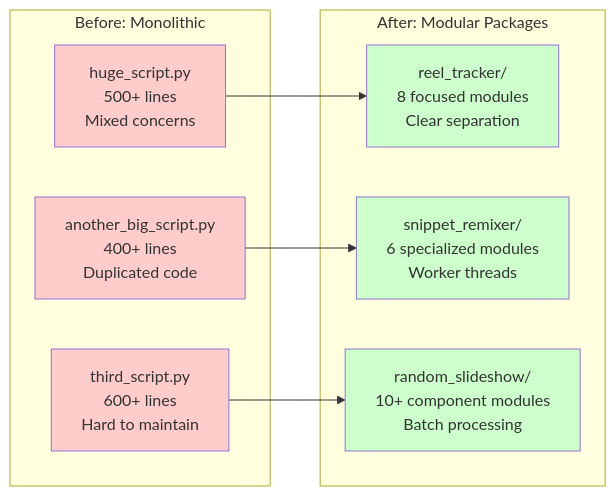
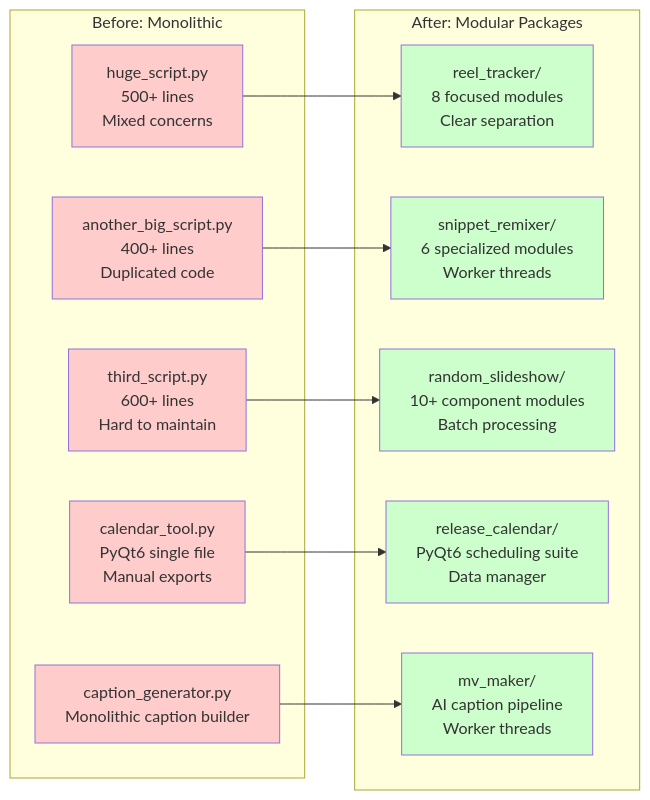
The fifth of 23 diagrams in docs/architecture/bedrot-media-suite-summary.md (blakedemarest/BEDROT-Media-Suite), drawn with Mermaid before and after one commit. The commit also changed other lines of this file and 3 other files, not shown here.

````diff
--- a/docs/architecture/bedrot-media-suite-summary.md
+++ b/docs/architecture/bedrot-media-suite-summary.md
@@ -475,25 +551,35 @@
 ```mermaid
 flowchart LR
     subgraph "Before: Monolithic"
         M1[huge_script.py<br/>500+ lines<br/>Mixed concerns]
         M2[another_big_script.py<br/>400+ lines<br/>Duplicated code]
         M3[third_script.py<br/>600+ lines<br/>Hard to maintain]
+        M4[calendar_tool.py<br/>PyQt6 single file<br/>Manual exports]
+        M5[caption_generator.py<br/>Monolithic caption builder]
     end
     
     subgraph "After: Modular Packages"
         P1[reel_tracker/<br/>8 focused modules<br/>Clear separation]
         P2[snippet_remixer/<br/>6 specialized modules<br/>Worker threads]
         P3[random_slideshow/<br/>10+ component modules<br/>Batch processing]
+        P4[release_calendar/<br/>PyQt6 scheduling suite<br/>Data manager]
+        P5[mv_maker/<br/>AI caption pipeline<br/>Worker threads]
     end
     
     M1 --> P1
     M2 --> P2
     M3 --> P3
+    M4 --> P4
+    M5 --> P5
     
     style M1 fill:#ffcccc
     style M2 fill:#ffcccc
     style M3 fill:#ffcccc
+    style M4 fill:#ffcccc
+    style M5 fill:#ffcccc
     style P1 fill:#ccffcc
     style P2 fill:#ccffcc
     style P3 fill:#ccffcc
+    style P4 fill:#ccffcc
+    style P5 fill:#ccffcc
 ```
````
